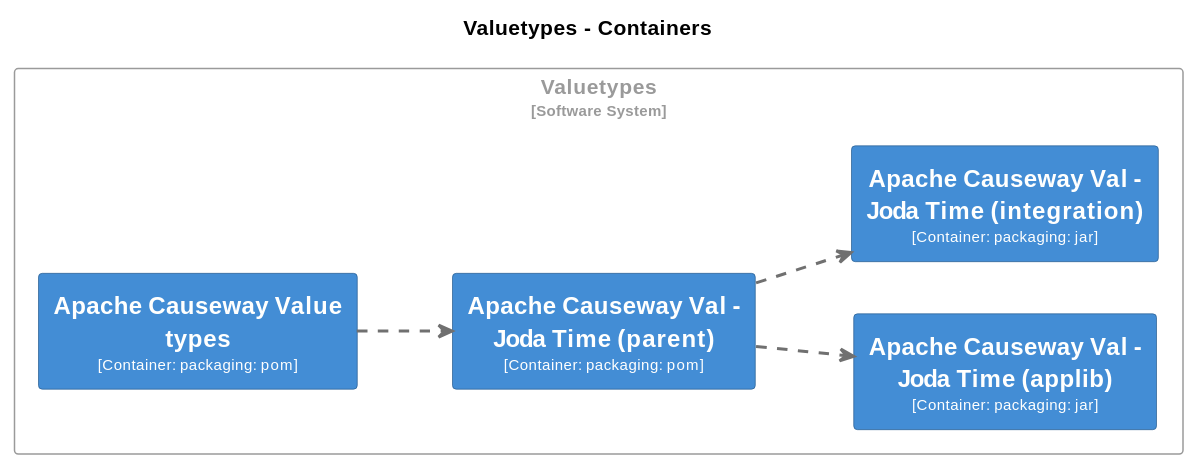
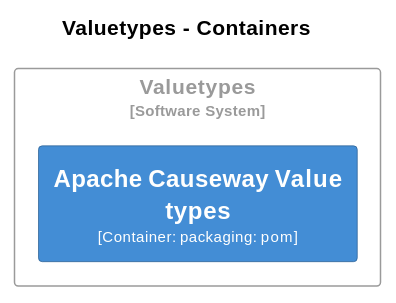
Diagram 18 of 31 in core/adoc/modules/_overview/pages/about.adoc (apache/causeway), drawn with PlantUML before and after one commit. The commit also changed other lines of this file and 186 other files, not shown here.

```diff
--- a/core/adoc/modules/_overview/pages/about.adoc
+++ b/core/adoc/modules/_overview/pages/about.adoc
@@ -3377,59 +3260,35 @@
 [plantuml,Valuetypes,svg]
 ----
 @startuml
 set separator none
 title Valuetypes - Containers
 
 left to right direction
 
 skinparam {
   arrowFontSize 10
   defaultTextAlignment center
   wrapWidth 200
   maxMessageSize 100
 }
 
 hide stereotype
 
-skinparam rectangle<<Valuetypes.ApacheCausewayValJodaTimeapplib>> {
-  BackgroundColor #438dd5
-  FontColor #fffffe
-  BorderColor #2e6295
-  shadowing false
-}
-skinparam rectangle<<Valuetypes.ApacheCausewayValJodaTimeintegration>> {
-  BackgroundColor #438dd5
-  FontColor #fffffe
-  BorderColor #2e6295
-  shadowing false
-}
-skinparam rectangle<<Valuetypes.ApacheCausewayValJodaTimeparent>> {
-  BackgroundColor #438dd5
-  FontColor #fffffe
-  BorderColor #2e6295
-  shadowing false
-}
 skinparam rectangle<<Valuetypes.ApacheCausewayValuetypes>> {
   BackgroundColor #438dd5
   FontColor #fffffe
   BorderColor #2e6295
   shadowing false
 }
 skinparam rectangle<<Valuetypes>> {
   BorderColor #9a9a9a
   FontColor #9a9a9a
   shadowing false
 }
 
 rectangle "Valuetypes\n<size:10>[Software System]</size>" <<Valuetypes>> {
   rectangle "==Apache Causeway Value types\n<size:10>[Container: packaging: pom]</size>" <<Valuetypes.ApacheCausewayValuetypes>> as Valuetypes.ApacheCausewayValuetypes
-  rectangle "==Apache Causeway Val - Joda Time (parent)\n<size:10>[Container: packaging: pom]</size>" <<Valuetypes.ApacheCausewayValJodaTimeparent>> as Valuetypes.ApacheCausewayValJodaTimeparent
-  rectangle "==Apache Causeway Val - Joda Time (applib)\n<size:10>[Container: packaging: jar]</size>" <<Valuetypes.ApacheCausewayValJodaTimeapplib>> as Valuetypes.ApacheCausewayValJodaTimeapplib
-  rectangle "==Apache Causeway Val - Joda Time (integration)\n<size:10>[Container: packaging: jar]</size>" <<Valuetypes.ApacheCausewayValJodaTimeintegration>> as Valuetypes.ApacheCausewayValJodaTimeintegration
 }
 
-Valuetypes.ApacheCausewayValuetypes .[#707070,thickness=2].> Valuetypes.ApacheCausewayValJodaTimeparent : "<color:#707070>"
-Valuetypes.ApacheCausewayValJodaTimeparent .[#707070,thickness=2].> Valuetypes.ApacheCausewayValJodaTimeapplib : "<color:#707070>"
-Valuetypes.ApacheCausewayValJodaTimeparent .[#707070,thickness=2].> Valuetypes.ApacheCausewayValJodaTimeintegration : "<color:#707070>"
 @enduml
 ----
```
